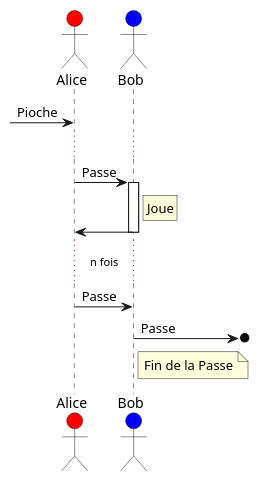
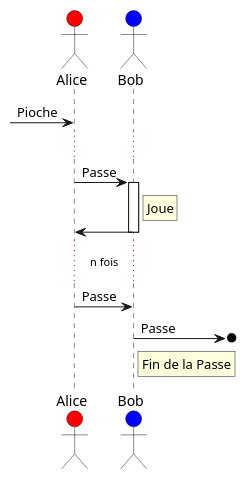
The third of 7 diagrams in sphérier/référence/phases-de-jeu/combat.md (de-dale/wiki), drawn with PlantUML before and after one commit. The commit also changed other lines of this file, not shown here.

````diff
--- a/sphérier/référence/phases-de-jeu/combat.md
+++ b/sphérier/référence/phases-de-jeu/combat.md
@@ -153,15 +153,15 @@
 ```plantuml
 actor Alice #red
 actor Bob #blue
 [-> Alice: Pioche
 
 ...
 Alice -> Bob ++ : Passe
 rnote right of Bob: Joue
 Bob -> Alice --
 ...n fois... 
 
 Alice -> Bob : Passe
 Bob ->o] : Passe
-note right of Bob : Fin de la Passe
+rnote right of Bob : Fin de la Passe
 ```
````
